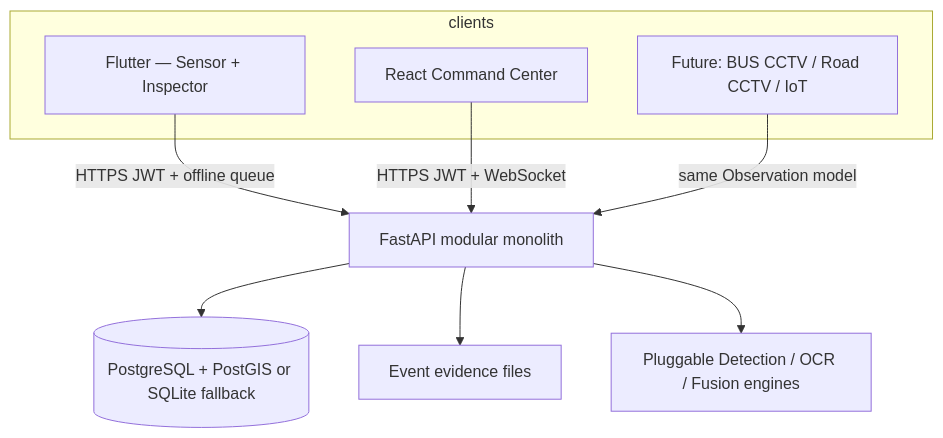
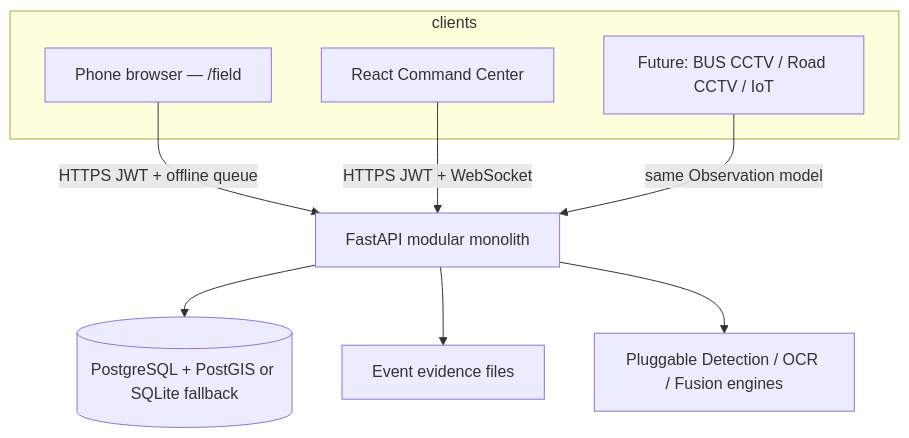
The diagram in PROJECT.md (MasterJi27/urbansense-iccc-ps26124), drawn with Mermaid before and after one commit. The commit also changed other lines of this file and 31 other files, not shown here.

````diff
--- a/PROJECT.md
+++ b/PROJECT.md
@@ -49,14 +49,14 @@
 ```mermaid
 flowchart TB
   subgraph clients
-    PHONE[Flutter — Sensor + Inspector]
+    PHONE[Phone browser — /field]
     WEB[React Command Center]
     FUTURE[Future: BUS CCTV / Road CCTV / IoT]
   end
   PHONE -->|HTTPS JWT + offline queue| API[FastAPI modular monolith]
   WEB -->|HTTPS JWT + WebSocket| API
   FUTURE -->|same Observation model| API
   API --> DB[(PostgreSQL + PostGIS or SQLite fallback)]
   API --> FILES[Event evidence files]
   API --> AI[Pluggable Detection / OCR / Fusion engines]
 ```
````
